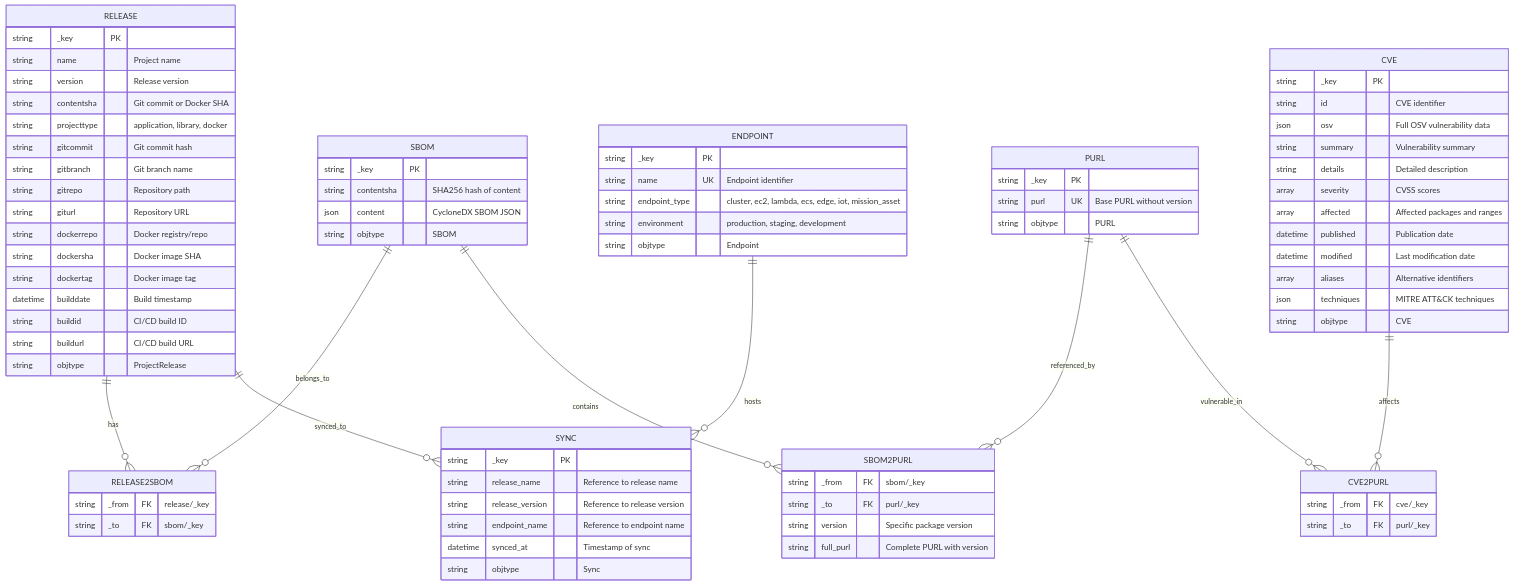
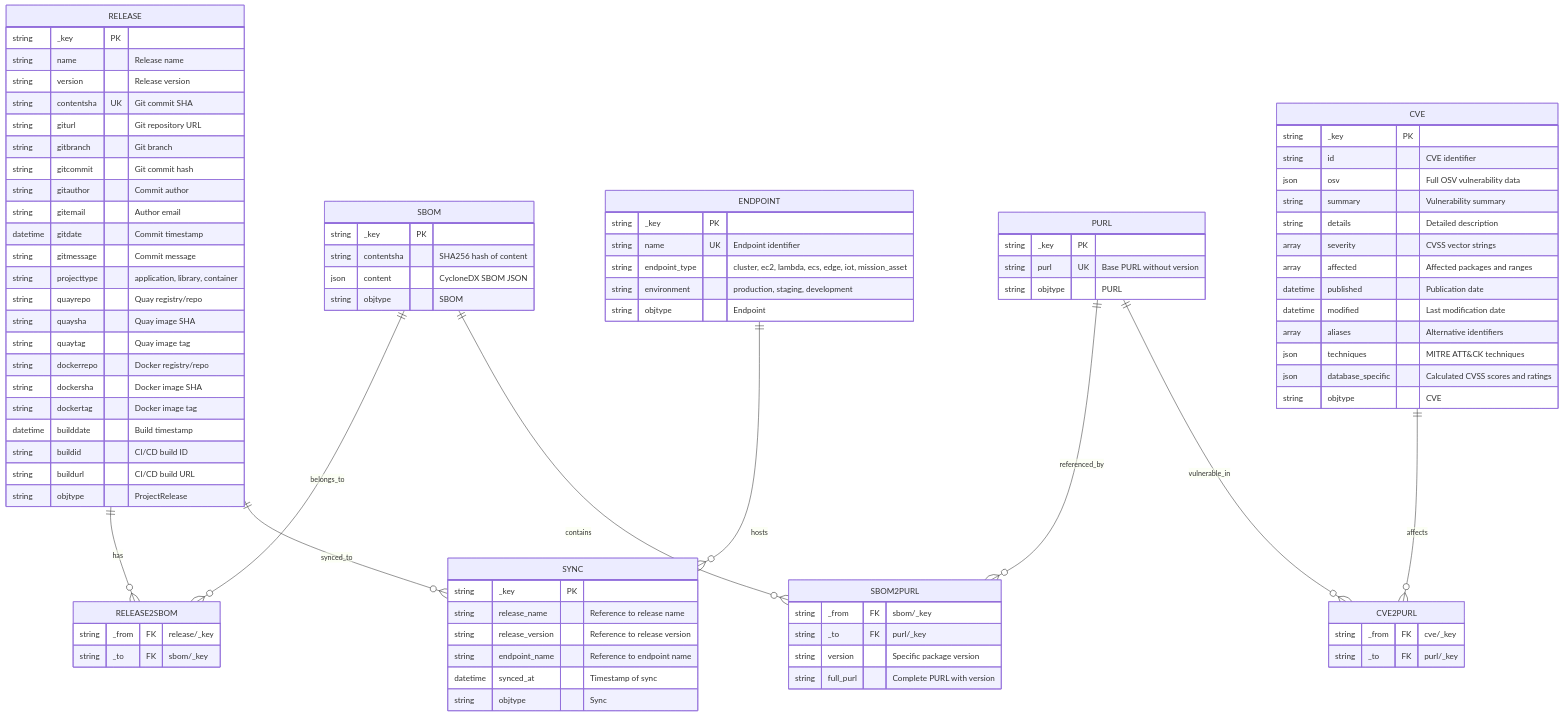
One commit to ortelius/cve2release-tracker changed the diagram in design.md. Above: the diagram before and after it, drawn with Mermaid. The commit also changed other lines of this file and 2 other files, not shown here.

Commit message:
add cvss scoring

```diff
--- a/design.md
+++ b/design.md
@@ -136,14 +150,20 @@
 
     RELEASE {
         string _key PK
-        string name "Project name"
+        string name "Release name"
         string version "Release version"
-        string contentsha "Git commit or Docker SHA"
-        string projecttype "application, library, docker"
+        string contentsha UK "Git commit SHA"
+        string giturl "Git repository URL"
+        string gitbranch "Git branch"
         string gitcommit "Git commit hash"
-        string gitbranch "Git branch name"
-        string gitrepo "Repository path"
-        string giturl "Repository URL"
+        string gitauthor "Commit author"
+        string gitemail "Author email"
+        datetime gitdate "Commit timestamp"
+        string gitmessage "Commit message"
+        string projecttype "application, library, container"
+        string quayrepo "Quay registry/repo"
+        string quaysha "Quay image SHA"
+        string quaytag "Quay image tag"
         string dockerrepo "Docker registry/repo"
         string dockersha "Docker image SHA"
         string dockertag "Docker image tag"
@@ -172,12 +192,13 @@
         json osv "Full OSV vulnerability data"
         string summary "Vulnerability summary"
         string details "Detailed description"
-        array severity "CVSS scores"
+        array severity "CVSS vector strings"
         array affected "Affected packages and ranges"
         datetime published "Publication date"
         datetime modified "Last modification date"
         array aliases "Alternative identifiers"
         json techniques "MITRE ATT&CK techniques"
+        json database_specific "Calculated CVSS scores and ratings"
         string objtype "CVE"
     }
 
```
